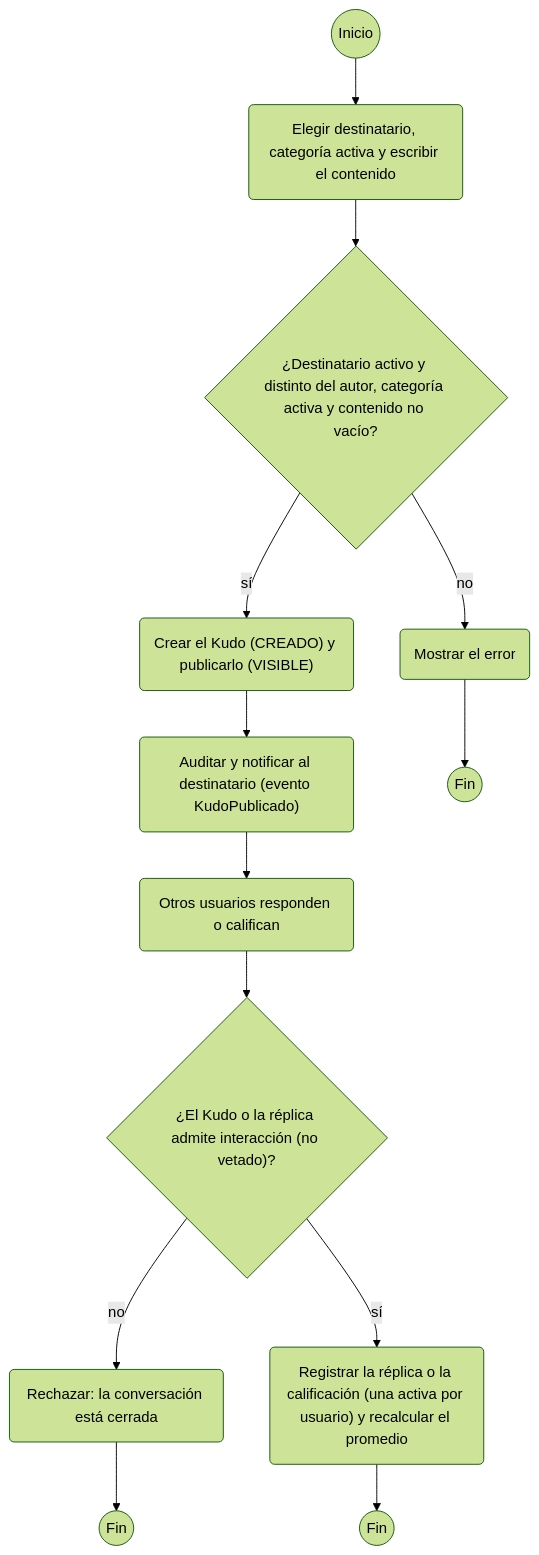
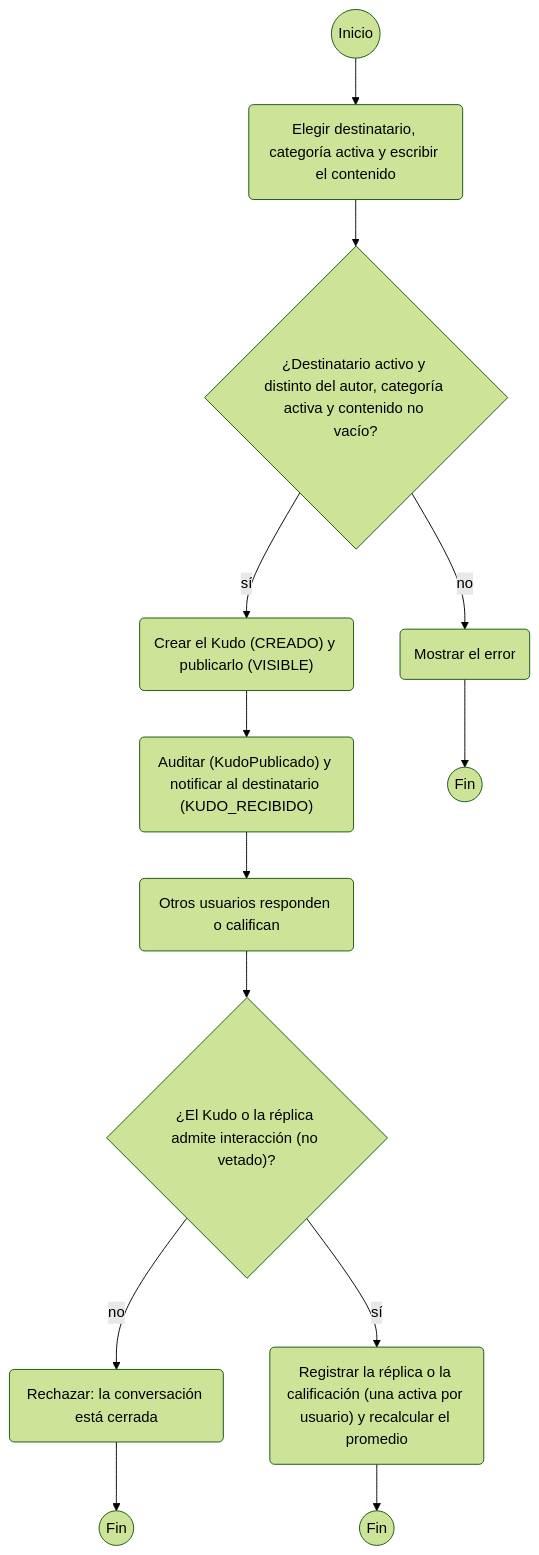
One commit to JaiderSoto07/kudos-backend changed the ninth of 14 diagrams in documentacion/docs/06-diagramas-comportamiento/README.md. Above: the diagram before and after it, drawn with Mermaid (forest theme). The commit also changed other lines of this file and 143 other files, not shown here.

````diff
--- a/documentacion/docs/06-diagramas-comportamiento/README.md
+++ b/documentacion/docs/06-diagramas-comportamiento/README.md
@@ -269,28 +269,28 @@
 ```mermaid
 flowchart TD
     i((Inicio))
     a1("Elegir destinatario, categoría activa y escribir el contenido")
     d1{"¿Destinatario activo y distinto del autor, categoría activa y contenido no vacío?"}
     a2("Mostrar el error")
     a3("Crear el Kudo (CREADO) y publicarlo (VISIBLE)")
-    a4("Auditar y notificar al destinatario (evento KudoPublicado)")
+    a4("Auditar (KudoPublicado) y notificar al destinatario (KUDO_RECIBIDO)")
     a5("Otros usuarios responden o califican")
     d2{"¿El Kudo o la réplica admite interacción (no vetado)?"}
     a6("Rechazar: la conversación está cerrada")
     a7("Registrar la réplica o la calificación (una activa por usuario) y recalcular el promedio")
     f((Fin))
     f2((Fin))
     f3((Fin))
     i --> a1
     a1 --> d1
     d1 -->|no| a2
     a2 --> f2
     d1 -->|sí| a3
     a3 --> a4
     a4 --> a5
     a5 --> d2
     d2 -->|no| a6
     a6 --> f3
     d2 -->|sí| a7
     a7 --> f
 ```
````
